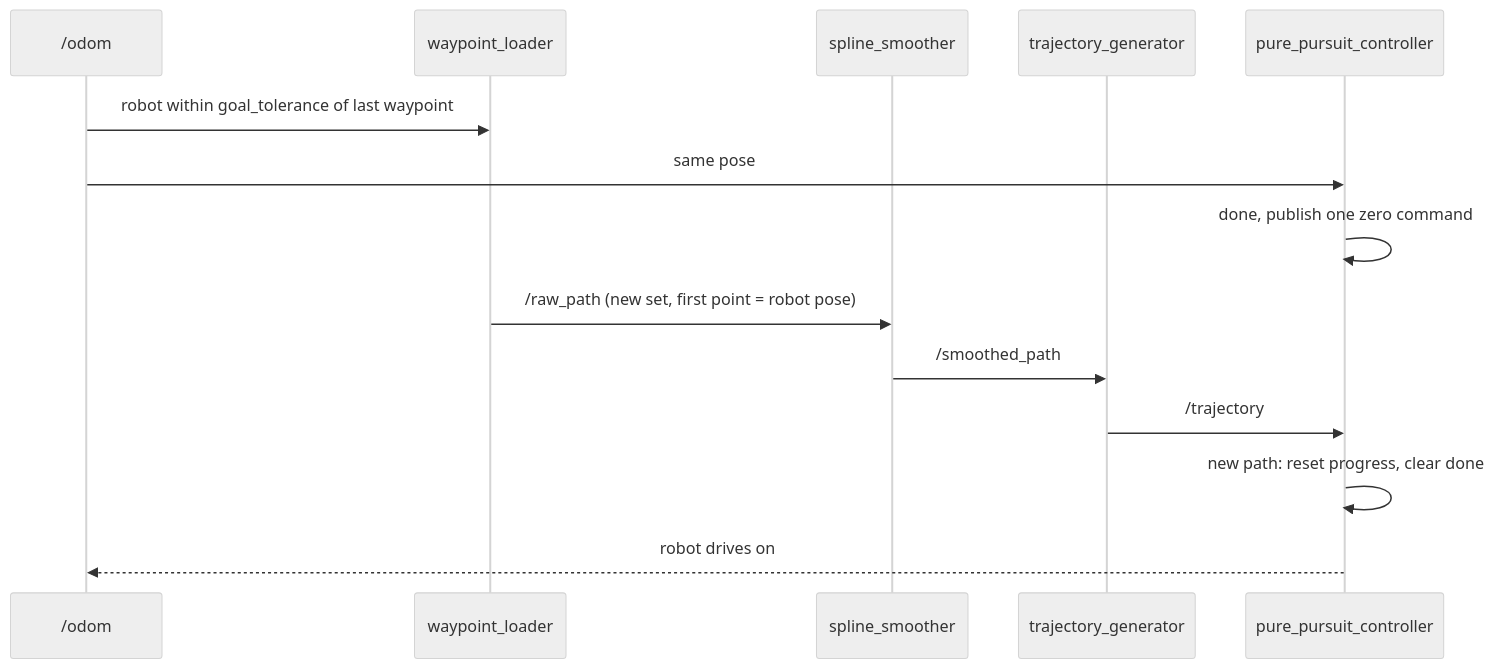
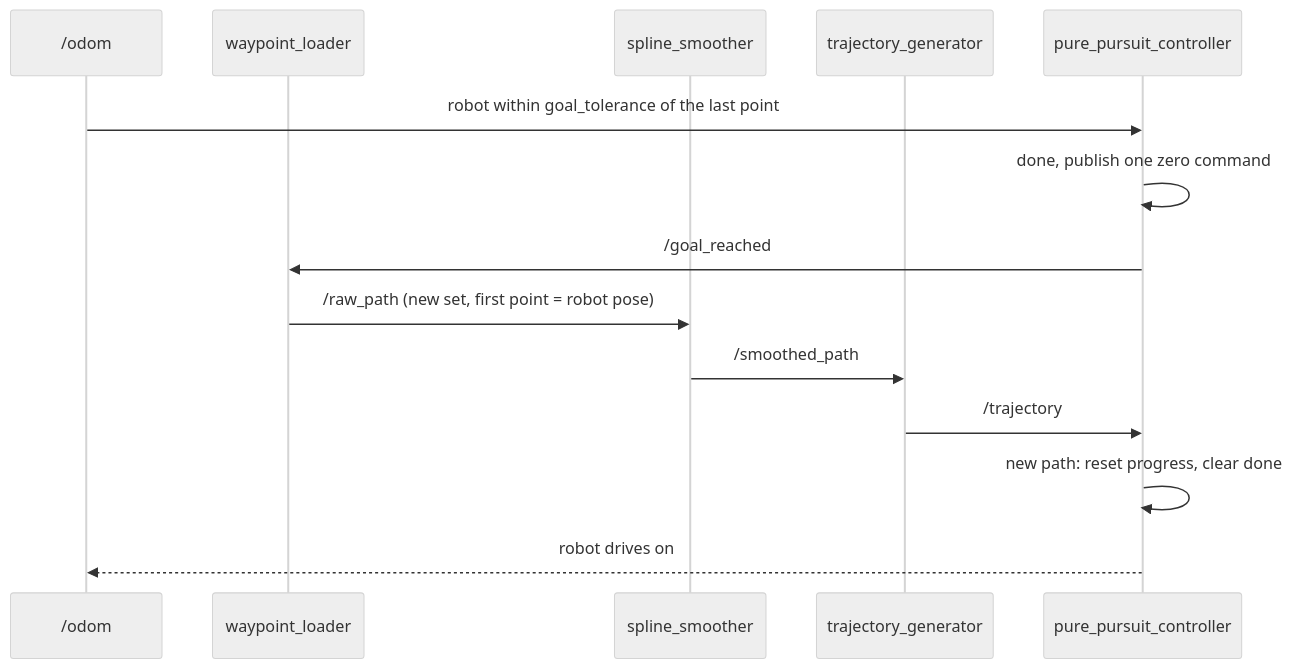
The second of 2 diagrams in docs/ARCHITECTURE.md (pavanmp140102/trajectory_nav), drawn with Mermaid (neutral theme) before and after one commit. The commit also changed other lines of this file and 16 other files, not shown here.

````diff
--- a/docs/ARCHITECTURE.md
+++ b/docs/ARCHITECTURE.md
@@ -122,16 +125,16 @@
 ```mermaid
 sequenceDiagram
     participant O as /odom
     participant WL as waypoint_loader
     participant SS as spline_smoother
     participant TG as trajectory_generator
     participant PP as pure_pursuit_controller
-    O->>WL: robot within goal_tolerance of last waypoint
-    O->>PP: same pose
+    O->>PP: robot within goal_tolerance of the last point
     PP->>PP: done, publish one zero command
+    PP->>WL: /goal_reached
     WL->>SS: /raw_path (new set, first point = robot pose)
     SS->>TG: /smoothed_path
     TG->>PP: /trajectory
     PP->>PP: new path: reset progress, clear done
     PP-->>O: robot drives on
 ```
````
